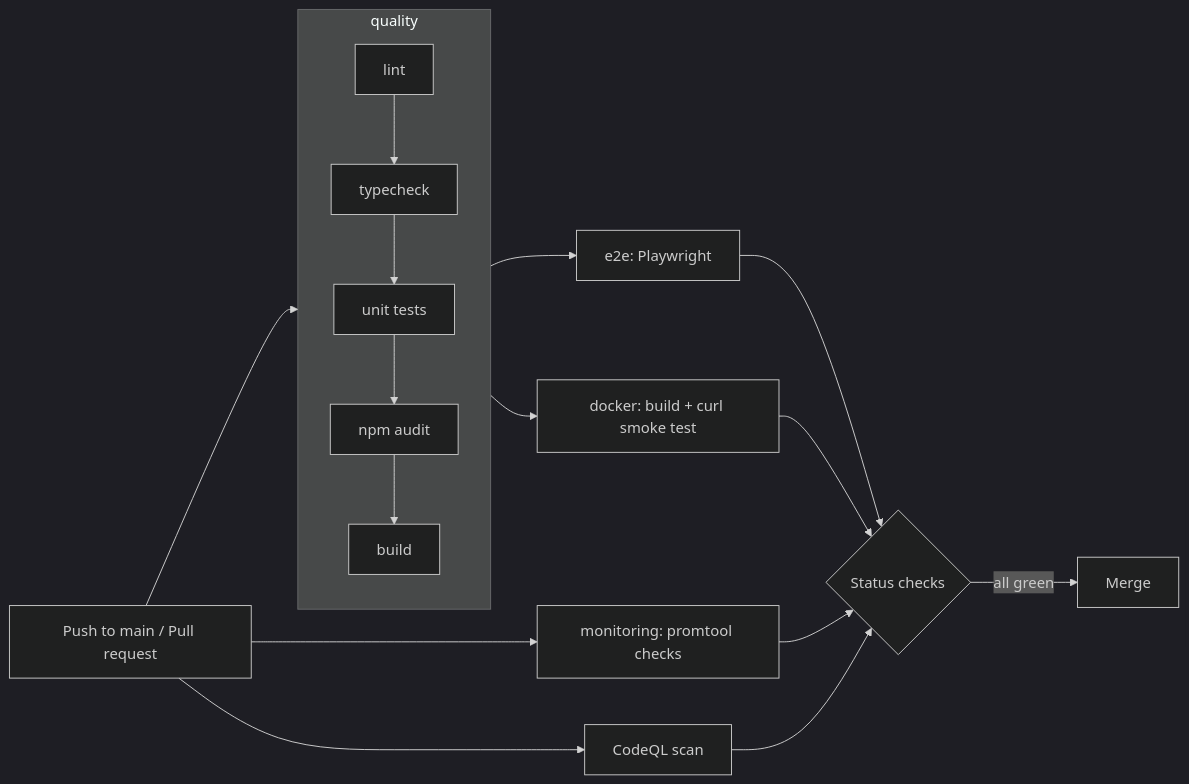
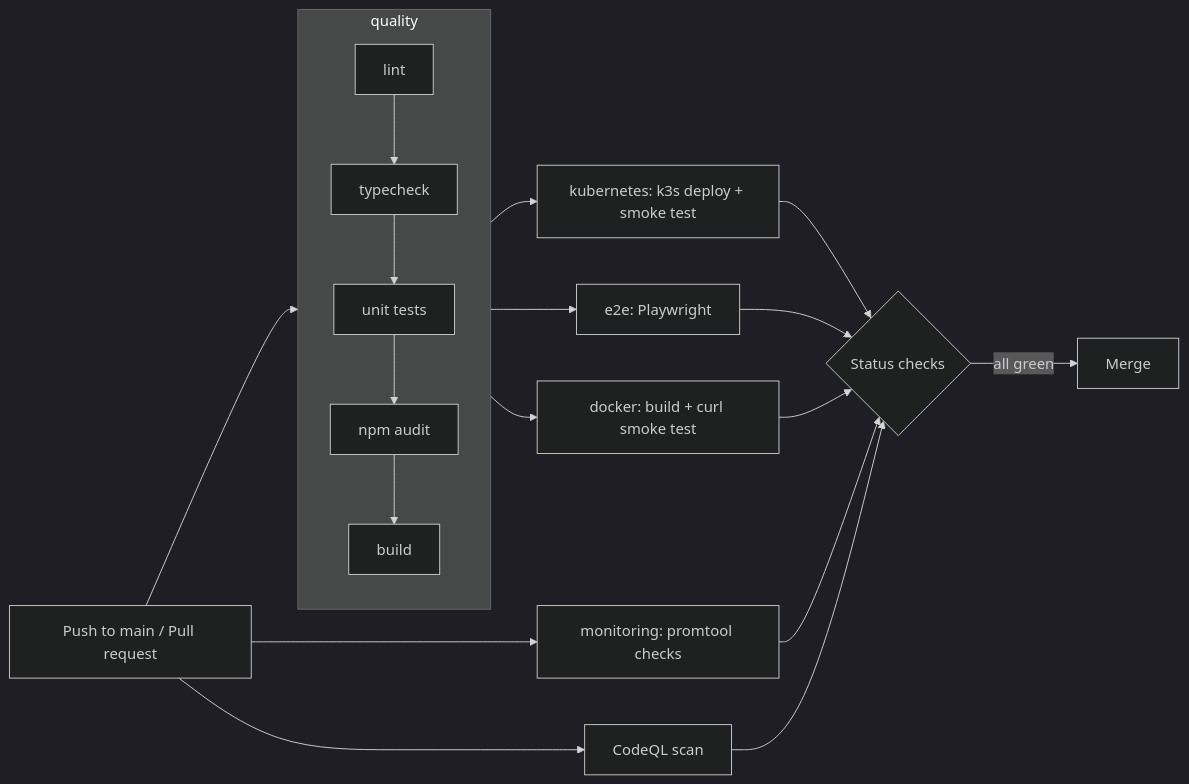
Before and after one commit to MandavaNagasreeKalpana/DevOps: the first of 2 diagrams in README.md, drawn with Mermaid (dark theme). The commit also changed other lines of this file and 10 other files, not shown here.

First line of the commit message:
Add Kubernetes manifests, local k3s script and CI deploy job

````diff
--- a/README.md
+++ b/README.md
@@ -86,19 +86,21 @@
 ```mermaid
 flowchart LR
     A[Push to main / Pull request] --> B
 
     subgraph B[quality]
         direction TB
         B1[lint] --> B2[typecheck] --> B3[unit tests] --> B4[npm audit] --> B5[build]
     end
 
     B --> C[e2e: Playwright]
     B --> D[docker: build + curl smoke test]
+    B --> K[kubernetes: k3s deploy + smoke test]
+    K --> E
     C --> E{Status checks}
     D --> E
     E -->|all green| F[Merge]
     A --> M[monitoring: promtool checks]
     M --> E
     A --> G[CodeQL scan]
     G --> E
 ```
````
